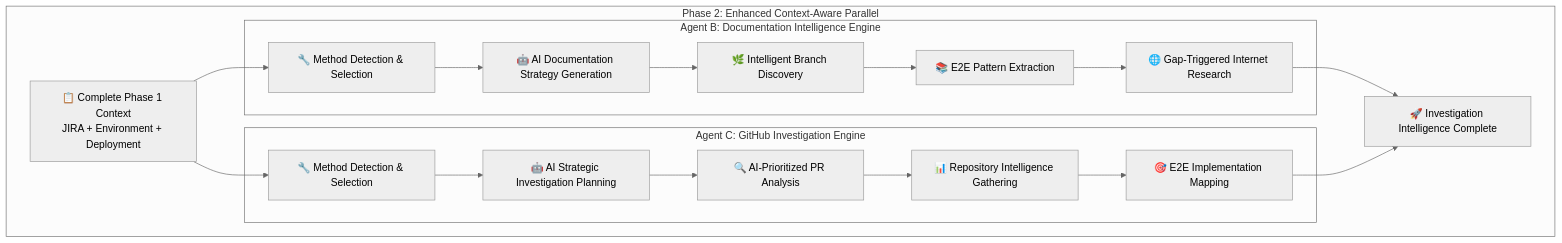
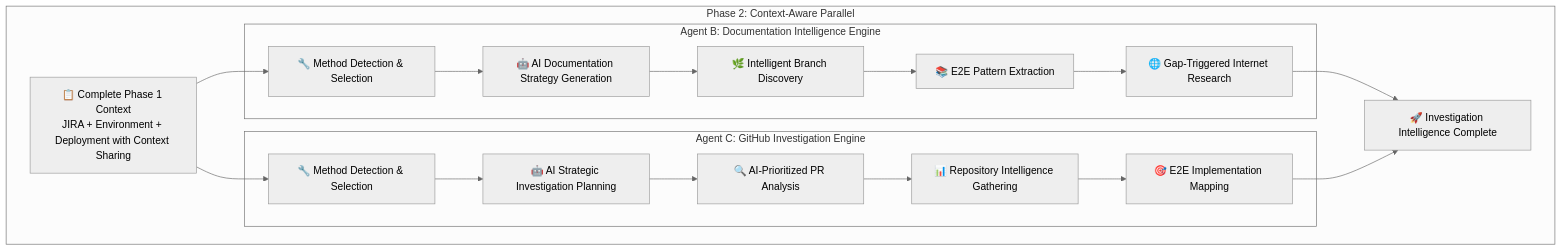
One commit to stolostron/ai-test-gen changed diagram 11 of 26 in apps/claude-test-generator/docs/framework-workflow-details.md. Above: the diagram before and after it, drawn with Mermaid (neutral theme). The commit also changed other lines of this file and 64 other files, not shown here.

````diff
--- a/apps/claude-test-generator/docs/framework-workflow-details.md
+++ b/apps/claude-test-generator/docs/framework-workflow-details.md
@@ -837,31 +759,31 @@
 ```mermaid
 graph TD
-    subgraph "Phase 2: Enhanced Context-Aware Parallel"
-        CONTEXT[📋 Complete Phase 1 Context<br/>JIRA + Environment + Deployment]
+    subgraph "Phase 2: Context-Aware Parallel"
+        CONTEXT[📋 Complete Phase 1 Context<br/>JIRA + Environment + Deployment with Context Sharing]
         
         subgraph "Agent B: Documentation Intelligence Engine"
             B1[🔧 Method Detection & Selection]
             B2[🤖 AI Documentation Strategy Generation]
             B3[🌿 Intelligent Branch Discovery]
             B4[📚 E2E Pattern Extraction]
             B5[🌐 Gap-Triggered Internet Research]
         end
         
         subgraph "Agent C: GitHub Investigation Engine"
             C1[🔧 Method Detection & Selection]
             C2[🤖 AI Strategic Investigation Planning]
             C3[🔍 AI-Prioritized PR Analysis]
             C4[📊 Repository Intelligence Gathering]
             C5[🎯 E2E Implementation Mapping]
         end
         
         PARALLEL_OUTPUT[🚀 Investigation Intelligence Complete]
     end
     
     CONTEXT --> B1
     CONTEXT --> C1
     B1 --> B2 --> B3 --> B4 --> B5
     C1 --> C2 --> C3 --> C4 --> C5
     B5 --> PARALLEL_OUTPUT
     C5 --> PARALLEL_OUTPUT
 ```
````
